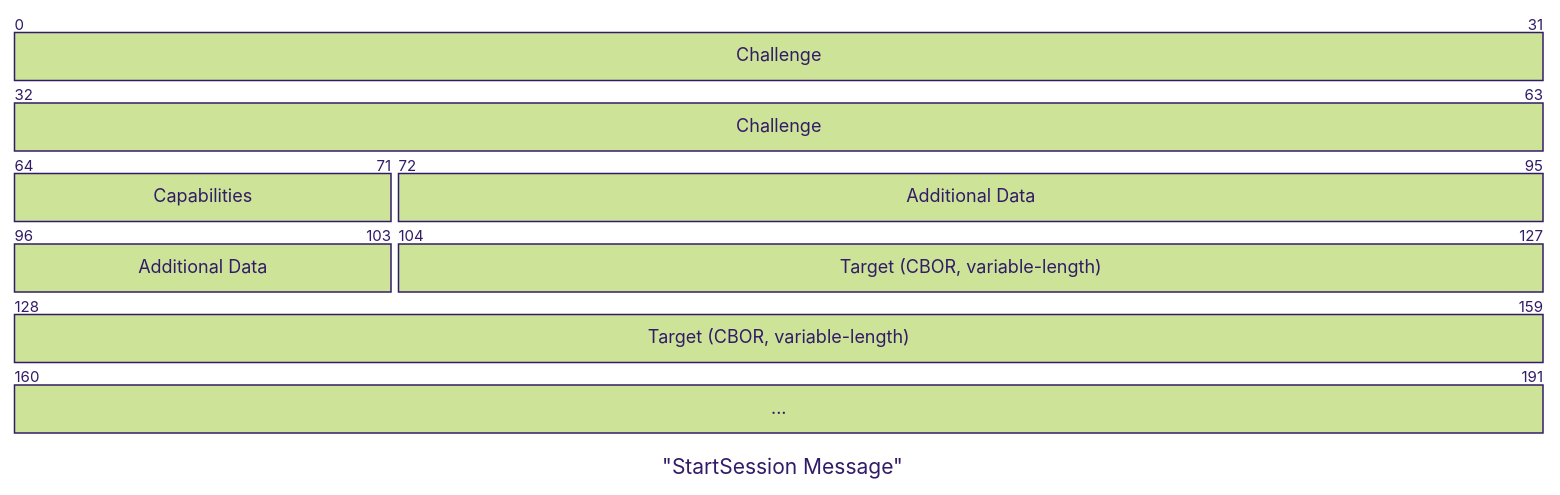
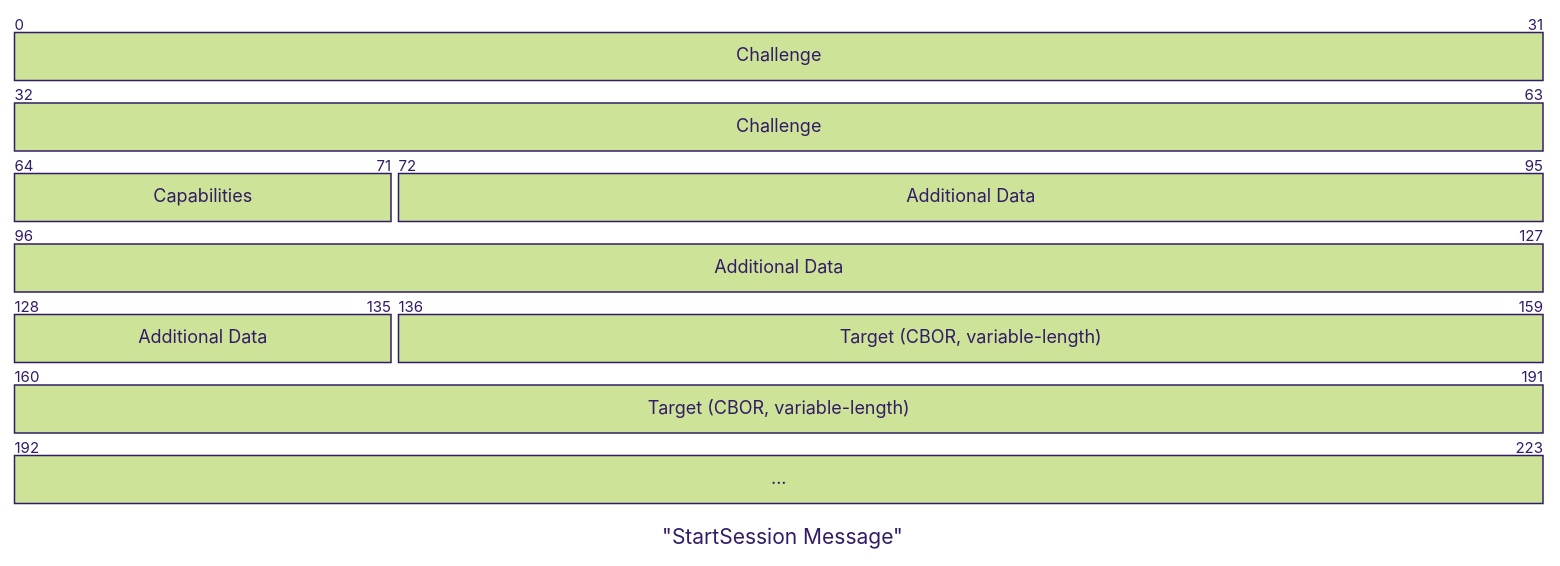
One commit to hoprnet/rfc changed the second of 13 diagrams in rfcs/RFC-0009-session-start-protocol/0009-session-start-protocol.md. Above: the diagram before and after it, drawn with Mermaid (forest theme). The commit also changed other lines of this file and 2 other files, not shown here.

````diff
--- a/rfcs/RFC-0009-session-start-protocol/0009-session-start-protocol.md
+++ b/rfcs/RFC-0009-session-start-protocol/0009-session-start-protocol.md
@@ -150,9 +150,9 @@
 ```mermaid
 packet
 title "StartSession Message"
 +64: "Challenge"
 +8: "Capabilities"
-+32: "Additional Data"
++64: "Additional Data"
 +56: "Target (CBOR, variable-length)"
 +32: "..."
 ```
````
